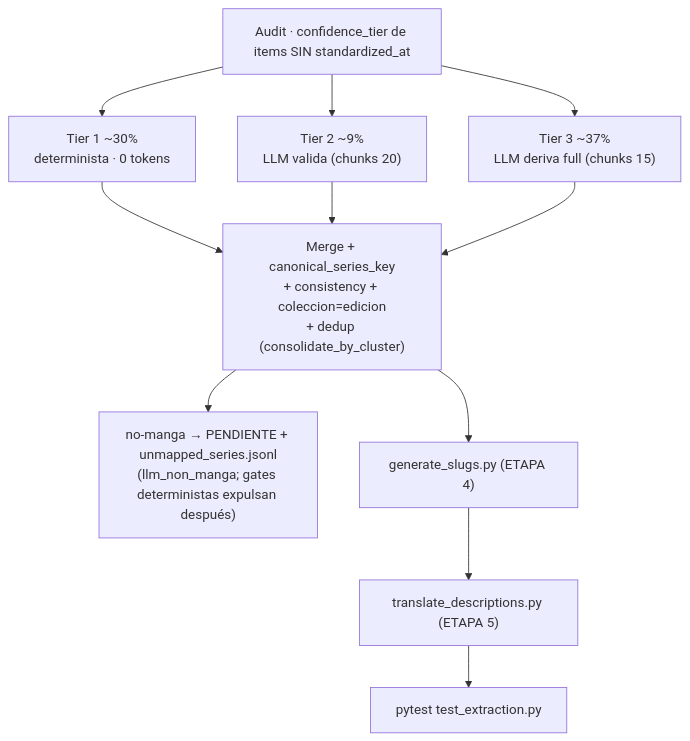
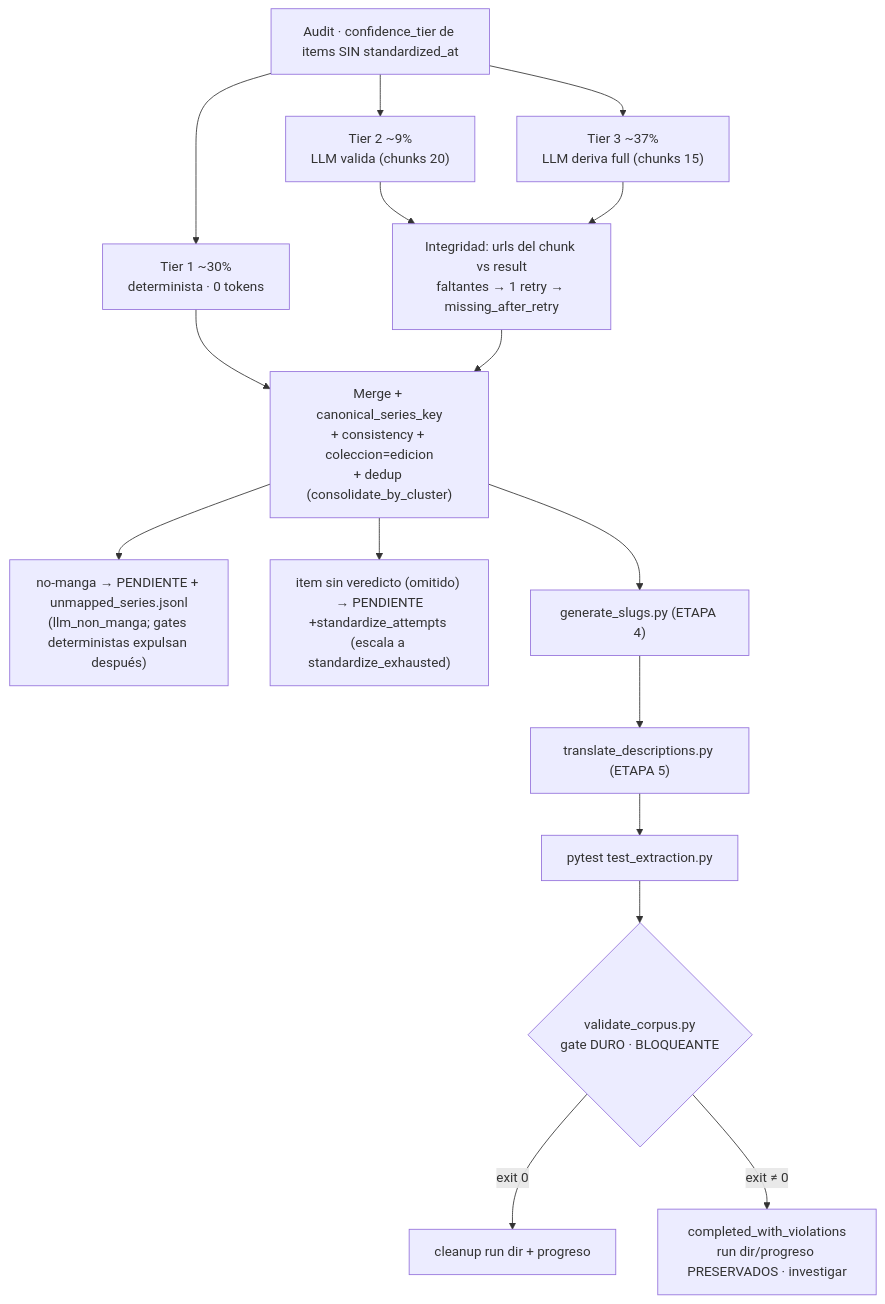
Before and after one commit to MineiToshio/PandaWatch: the fifth of 6 diagrams in docs/scraper/PIPELINE-WALKTHROUGH.md, drawn with Mermaid. The commit also changed other lines of this file and 37 other files, not shown here.

````diff
--- a/docs/scraper/PIPELINE-WALKTHROUGH.md
+++ b/docs/scraper/PIPELINE-WALKTHROUGH.md
@@ -220,13 +220,18 @@
 ```mermaid
 flowchart TD
     AUDIT["Audit · confidence_tier de items SIN standardized_at"] --> T1["Tier 1 ~30%<br/>determinista · 0 tokens"]
     AUDIT --> T2["Tier 2 ~9%<br/>LLM valida (chunks 20)"]
     AUDIT --> T3["Tier 3 ~37%<br/>LLM deriva full (chunks 15)"]
+    T2 --> INT["Integridad: urls del chunk vs result<br/>faltantes → 1 retry → missing_after_retry"]
+    T3 --> INT
     T1 --> MERGE["Merge + canonical_series_key<br/>+ consistency + coleccion=edicion<br/>+ dedup (consolidate_by_cluster)"]
-    T2 --> MERGE
-    T3 --> MERGE
+    INT --> MERGE
     MERGE --> NM["no-manga → PENDIENTE + unmapped_series.jsonl<br/>(llm_non_manga; gates deterministas expulsan después)"]
+    MERGE --> MISS["item sin veredicto (omitido) → PENDIENTE<br/>+standardize_attempts (escala a standardize_exhausted)"]
     MERGE --> SLUG["generate_slugs.py (ETAPA 4)"]
     SLUG --> TR["translate_descriptions.py (ETAPA 5)"]
     TR --> TEST["pytest test_extraction.py"]
+    TEST --> VAL{"validate_corpus.py<br/>gate DURO · BLOQUEANTE"}
+    VAL -->|exit 0| DONE["cleanup run dir + progreso"]
+    VAL -->|exit ≠ 0| HOLD["completed_with_violations<br/>run dir/progreso PRESERVADOS · investigar"]
 ```
````
